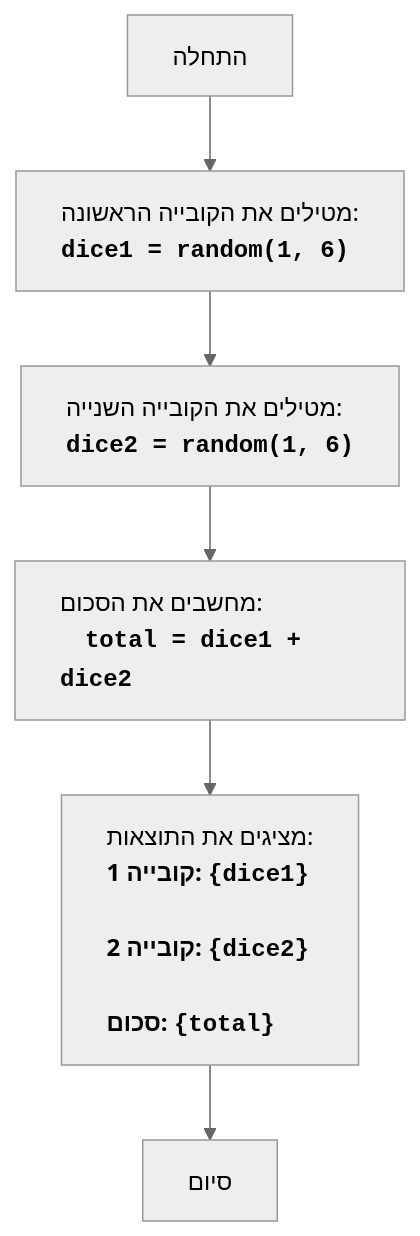
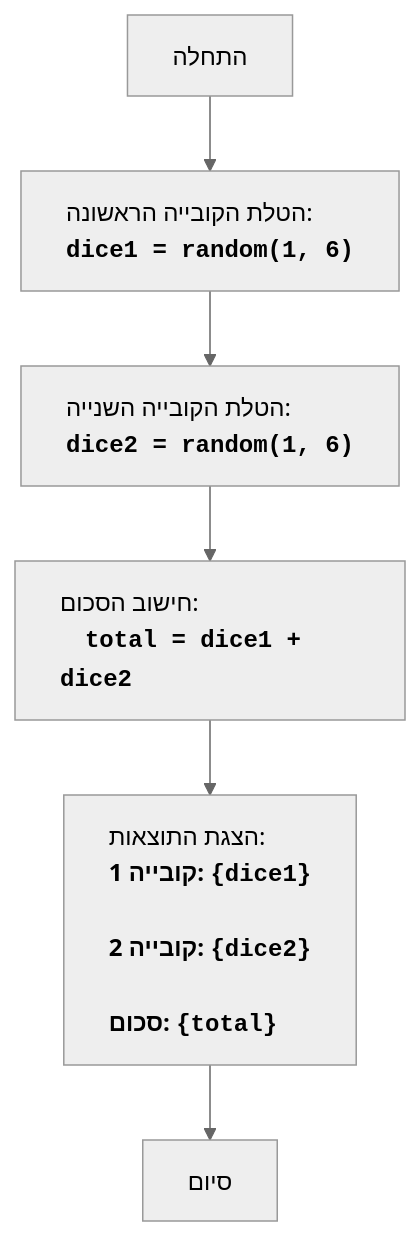
Before and after one commit to hypo69/1001-python-he: the diagram in code/UNSORTED/DICE/README.MD, drawn with Mermaid (neutral theme). The commit also changed other lines of this file and 869 other files, not shown here.

````diff
--- a/code/UNSORTED/DICE/README.MD
+++ b/code/UNSORTED/DICE/README.MD
@@ -18,14 +18,14 @@
 ```mermaid
 flowchart TD
-    Start["התחלה"] --> RollDice1["<p align='left'>מטילים את הקובייה הראשונה:
+    Start["התחלה"] --> RollDice1["<p align='left'>הטלת הקובייה הראשונה: 
     <code><b>dice1 = random(1, 6)</b></code></p>"]
-    RollDice1 --> RollDice2["<p align='left'>מטילים את הקובייה השנייה:
+    RollDice1 --> RollDice2["<p align='left'>הטלת הקובייה השנייה:
     <code><b>dice2 = random(1, 6)</b></code></p>"]
-    RollDice2 --> CalculateSum["<p align='left'>מחשבים את הסכום:
+    RollDice2 --> CalculateSum["<p align='left'>חישוב הסכום:
     <code><b>total = dice1 + dice2</b></code></p>"]
-    CalculateSum --> OutputResults["<p align='left'>מציגים את התוצאות:
+    CalculateSum --> OutputResults["<p align='left'>הצגת התוצאות:
     <b>קובייה 1: <code>{dice1}</code></b><br>
     <b>קובייה 2: <code>{dice2}</code></b><br>
     <b>סכום: <code>{total}</code></b></p>"]
     OutputResults --> End["סיום"]
 ```
````
